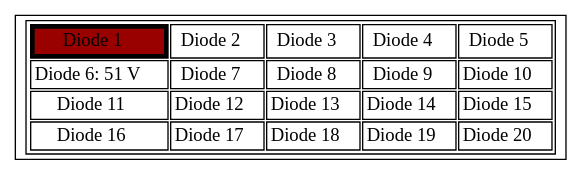
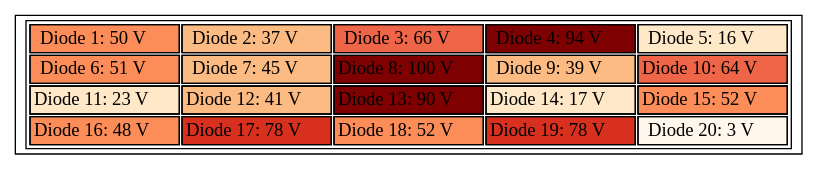
The diagram in array_table.gv (Karan-Takh/Diode-Dosimetry-Array), drawn with Graphviz before and after one commit. The commit also changed 2 other files, not shown here.

```diff
--- a/array_table.gv
+++ b/array_table.gv
@@ -1,33 +1,33 @@
 graph array_table {
-	node [bgcolor="brown:green" shape=rectangle]
+	node [shape=rectangle]
 	"Diode Array" [label=<<TABLE>
     <TR>
-        <TD border="3" bgcolor="8">Diode 1</TD>
-        <TD>Diode 2</TD>
-        <TD>Diode 3</TD>
-        <TD>Diode 4</TD>
-        <TD>Diode 5</TD>
+        <TD bgcolor="5">Diode 1: 50 V</TD>
+        <TD bgcolor="4">Diode 2: 37 V</TD>
+        <TD bgcolor="6">Diode 3: 66 V</TD>
+        <TD bgcolor="9">Diode 4: 94 V</TD>
+        <TD bgcolor="2">Diode 5: 16 V</TD>
     </TR>
     <TR>
-        <TD>Diode 6: 51 V</TD>
-        <TD>Diode 7</TD>
-        <TD>Diode 8</TD>
-        <TD>Diode 9</TD>
-        <TD>Diode 10</TD>
+        <TD bgcolor="5">Diode 6: 51 V</TD>
+        <TD bgcolor="4">Diode 7: 45 V</TD>
+        <TD bgcolor="9">Diode 8: 100 V</TD>
+        <TD bgcolor="4">Diode 9: 39 V</TD>
+        <TD bgcolor="6">Diode 10: 64 V</TD>
     </TR>
     <TR>
-        <TD>Diode 11</TD>
-        <TD>Diode 12</TD>
-        <TD>Diode 13</TD>
-        <TD>Diode 14</TD>
-        <TD>Diode 15</TD>
+        <TD bgcolor="2">Diode 11: 23 V</TD>
+        <TD bgcolor="4">Diode 12: 41 V</TD>
+        <TD bgcolor="9">Diode 13: 90 V</TD>
+        <TD bgcolor="2">Diode 14: 17 V</TD>
+        <TD bgcolor="5">Diode 15: 52 V</TD>
     </TR>
     <TR>
-        <TD>Diode 16</TD>
-        <TD>Diode 17</TD>
-        <TD>Diode 18</TD>
-        <TD>Diode 19</TD>
-        <TD>Diode 20</TD>
+        <TD bgcolor="5">Diode 16: 48 V</TD>
+        <TD bgcolor="7">Diode 17: 78 V</TD>
+        <TD bgcolor="5">Diode 18: 52 V</TD>
+        <TD bgcolor="7">Diode 19: 78 V</TD>
+        <TD  bgcolor="1" fontcolor="#FFFFFF">Diode 20: 3 V</TD>
     </TR>
-</TABLE>> colorscheme=orrd8]
+</TABLE>> colorscheme=orrd9]
 }
```
